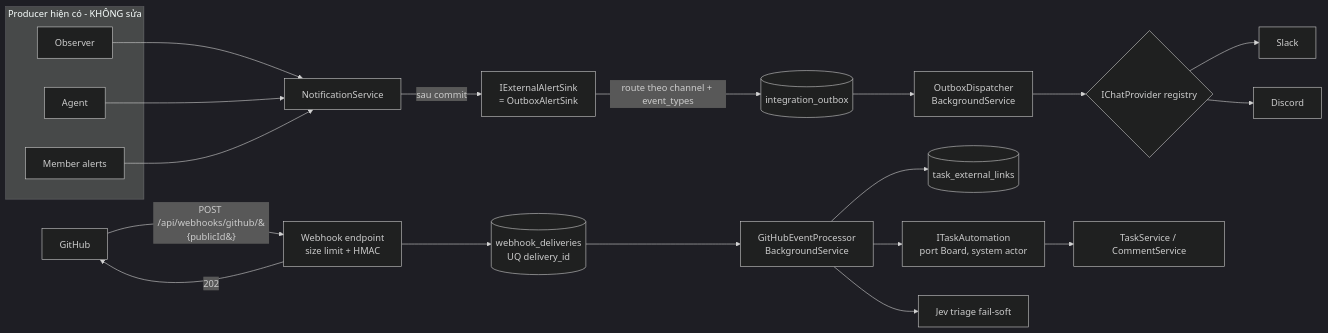
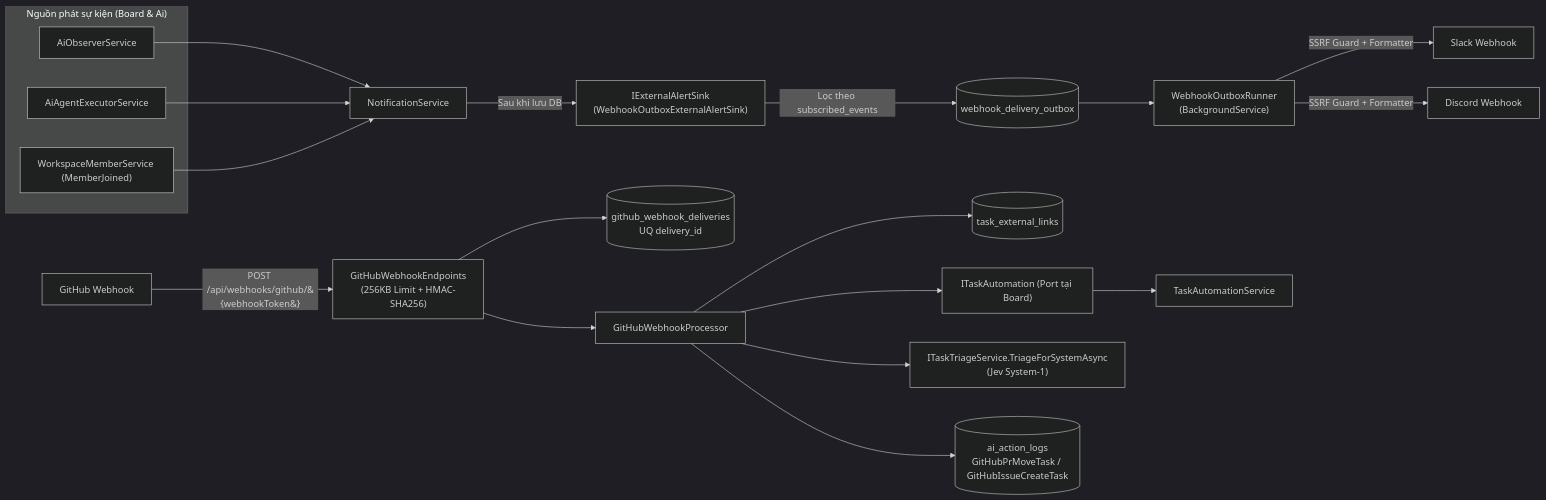
Before and after one commit to Thinh-TT/TeamNexus: the diagram in project-docs/07-external-integrations-design.md, drawn with Mermaid (dark theme). The commit also changed other lines of this file and 41 other files, not shown here.

````diff
--- a/project-docs/07-external-integrations-design.md
+++ b/project-docs/07-external-integrations-design.md
@@ -63,21 +38,23 @@
 ```mermaid
 flowchart LR
-  subgraph Producers[Producer hiện có - KHÔNG sửa]
-    OBS[Observer]; AG[Agent]; MEM[Member alerts]
+  subgraph Producers["Nguồn phát sự kiện (Board & Ai)"]
+    OBS["AiObserverService"]
+    AG["AiAgentExecutorService"]
+    MEM["WorkspaceMemberService (MemberJoined)"]
   end
-  OBS & AG & MEM --> NS[NotificationService]
-  NS -->|sau commit| SINK[IExternalAlertSink<br/>= OutboxAlertSink]
-  SINK -->|route theo channel + event_types| OUT[(integration_outbox)]
-  OUT --> DISP[OutboxDispatcher<br/>BackgroundService]
-  DISP --> REG{IChatProvider registry}
-  REG --> SL[Slack] & DC[Discord]
 
-  GH[GitHub] -->|POST /api/webhooks/github/&#123;publicId&#125;| WH[Webhook endpoint<br/>size limit + HMAC]
-  WH --> DL[(webhook_deliveries<br/>UQ delivery_id)]
-  WH -->|202| GH
-  DL --> PROC[GitHubEventProcessor<br/>BackgroundService]
-  PROC --> LNK[(task_external_links)]
-  PROC --> TA[ITaskAutomation<br/>port Board, system actor]
-  TA --> TS[TaskService / CommentService]
-  PROC --> TRI[Jev triage fail-soft]
+  OBS & AG & MEM --> NS["NotificationService"]
+  NS -->|Sau khi lưu DB| SINK["IExternalAlertSink<br/>(WebhookOutboxExternalAlertSink)"]
+  SINK -->|Lọc theo subscribed_events| OUT[("webhook_delivery_outbox")]
+  OUT --> RUN["WebhookOutboxRunner<br/>(BackgroundService)"]
+  RUN -->|SSRF Guard + Formatter| SL["Slack Webhook"] & DC["Discord Webhook"]
+
+  GH["GitHub Webhook"] -->|POST /api/webhooks/github/&#123;webhookToken&#125;| WH["GitHubWebhookEndpoints<br/>(256KB Limit + HMAC-SHA256)"]
+  WH --> DL[("github_webhook_deliveries<br/>UQ delivery_id")]
+  WH --> PROC["GitHubWebhookProcessor"]
+  PROC --> LNK[("task_external_links")]
+  PROC --> TA["ITaskAutomation (Port tại Board)"]
+  TA --> TS["TaskAutomationService"]
+  PROC --> TRI["ITaskTriageService.TriageForSystemAsync<br/>(Jev System-1)"]
+  PROC --> ACT[("ai_action_logs<br/>GitHubPrMoveTask / GitHubIssueCreateTask")]
 ```
````
